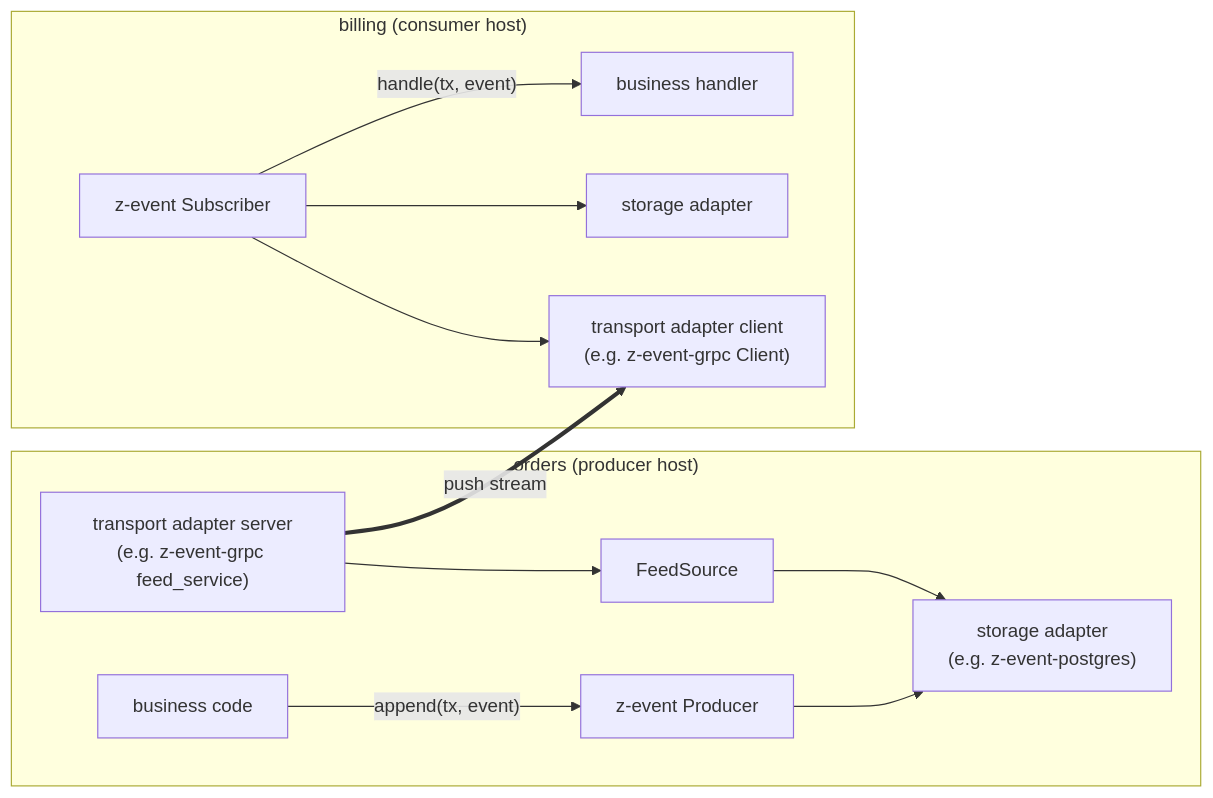
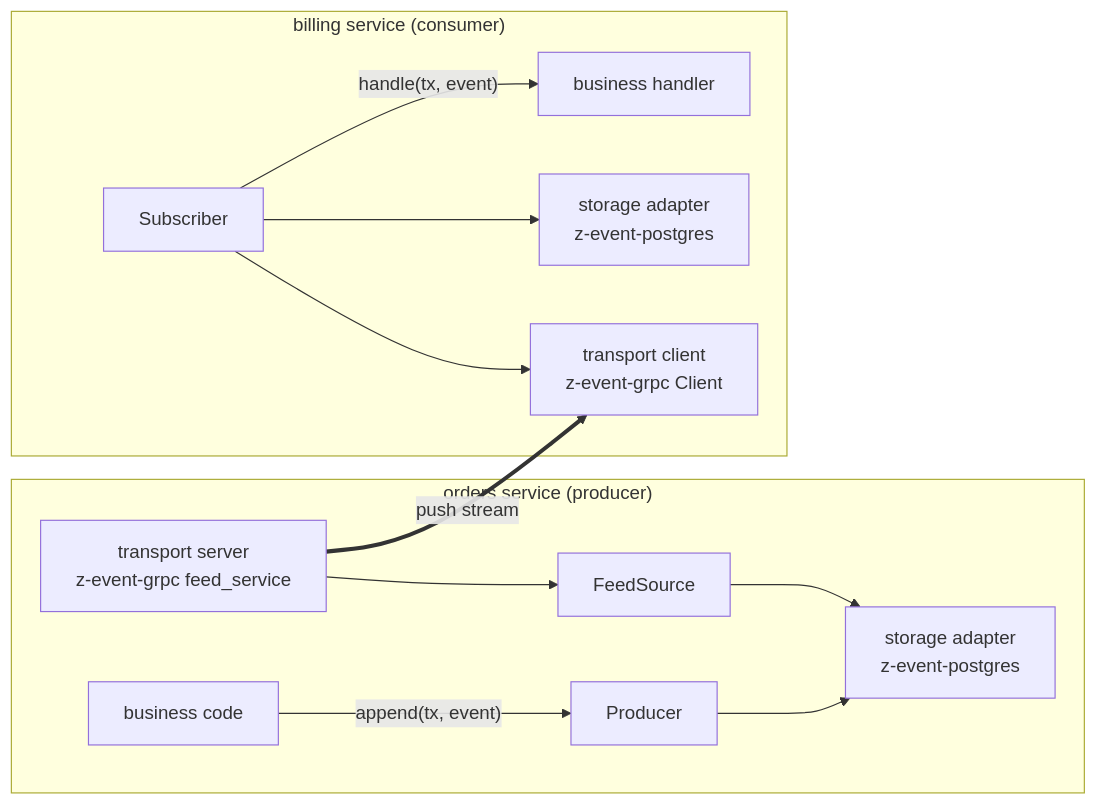
The second of 17 diagrams in DESIGN.md (eugenezimin/z-event), drawn with Mermaid before and after one commit. The commit also changed other lines of this file and 6 other files, not shown here.

````diff
--- a/DESIGN.md
+++ b/DESIGN.md
@@ -88,15 +78,15 @@
 ```mermaid
 flowchart LR
-    subgraph HOST_P["orders (producer host)"]
-        BL1["business code"] -->|"append(tx, event)"| PR["z-event Producer"]
-        PR --> SP1["storage adapter<br/>(e.g. z-event-postgres)"]
-        FS["FeedSource"] --> SP1
-        TS["transport adapter server<br/>(e.g. z-event-grpc feed_service)"] --> FS
+    subgraph ORDERS["orders service (producer)"]
+        BL1["business code"] -->|"append(tx, event)"| PR["Producer"]
+        PR --> ST1["storage adapter<br/>z-event-postgres"]
+        FS["FeedSource"] --> ST1
+        SRV["transport server<br/>z-event-grpc feed_service"] --> FS
     end
-    subgraph HOST_C["billing (consumer host)"]
-        SUB["z-event Subscriber"] -->|"handle(tx, event)"| BL2["business handler"]
-        SUB --> SP2["storage adapter"]
-        SUB --> TC["transport adapter client<br/>(e.g. z-event-grpc Client)"]
+    subgraph BILLING["billing service (consumer)"]
+        SUB["Subscriber"] -->|"handle(tx, event)"| BL2["business handler"]
+        SUB --> ST2["storage adapter<br/>z-event-postgres"]
+        SUB --> CL["transport client<br/>z-event-grpc Client"]
     end
-    TS ==>|"push stream"| TC
+    SRV ==>|"push stream"| CL
 ```
````
